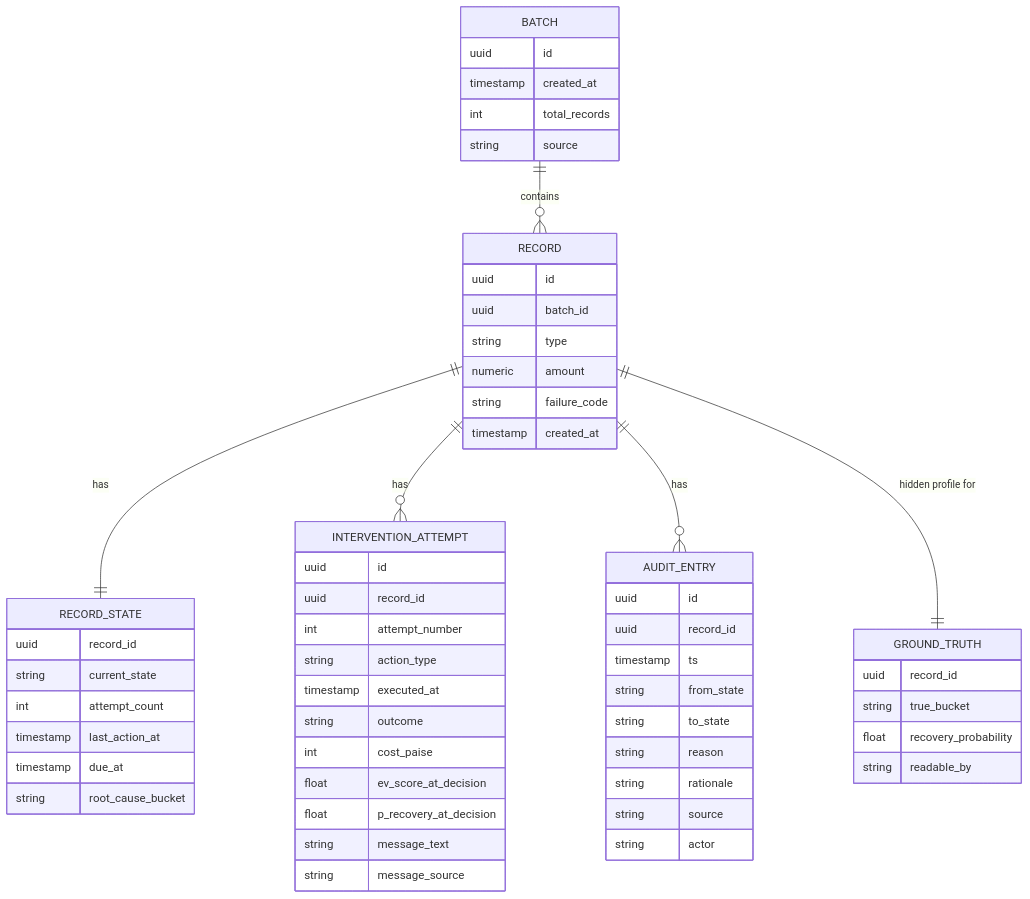
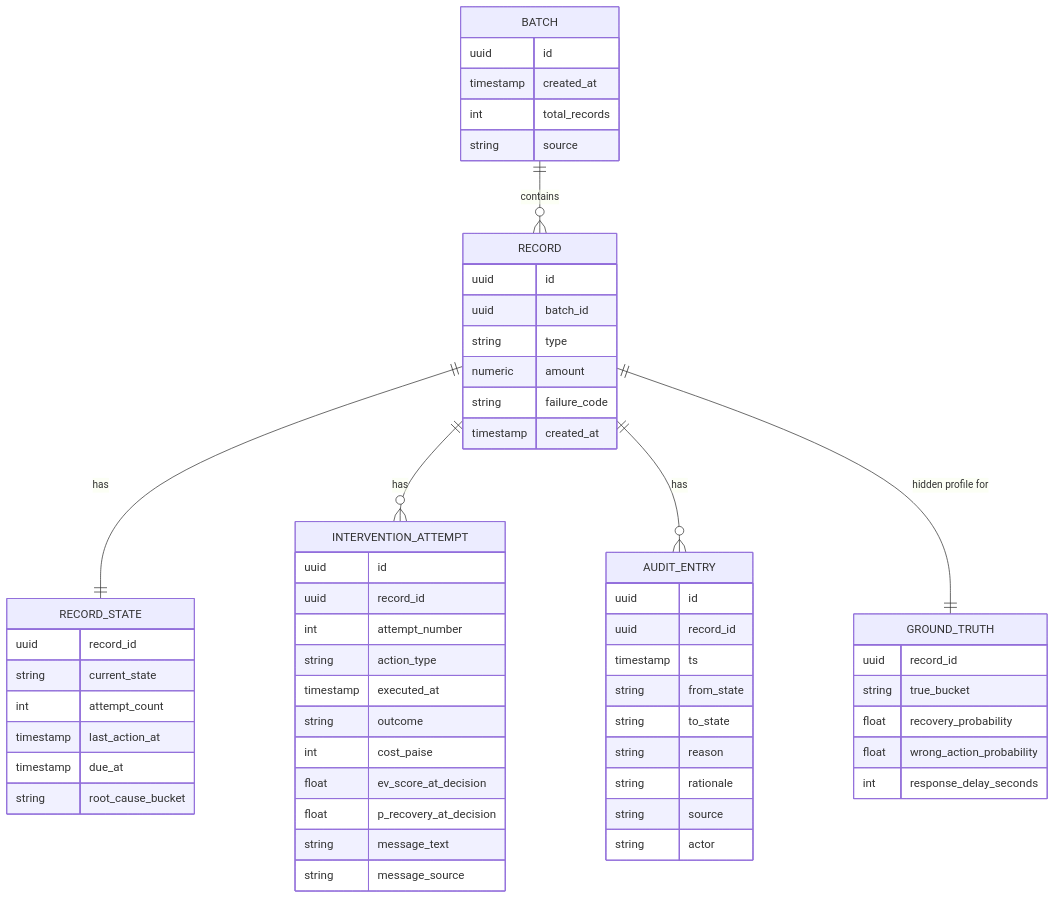
The fifth of 5 diagrams in docs/ARCHITECTURE.md (thisizaro/Momotaro), drawn with Mermaid before and after one commit. The commit also changed other lines of this file and 9 other files, not shown here.

````diff
--- a/docs/ARCHITECTURE.md
+++ b/docs/ARCHITECTURE.md
@@ -942,61 +942,62 @@
 ```mermaid
 erDiagram
     BATCH ||--o{ RECORD : contains
     RECORD ||--|| RECORD_STATE : has
     RECORD ||--o{ INTERVENTION_ATTEMPT : has
     RECORD ||--o{ AUDIT_ENTRY : has
     RECORD ||--|| GROUND_TRUTH : "hidden profile for"
 
     BATCH {
         uuid id
         timestamp created_at
         int total_records
         string source
     }
     RECORD {
         uuid id
         uuid batch_id
         string type
         numeric amount
         string failure_code
         timestamp created_at
     }
     RECORD_STATE {
         uuid record_id
         string current_state
         int attempt_count
         timestamp last_action_at
         timestamp due_at
         string root_cause_bucket
     }
     INTERVENTION_ATTEMPT {
         uuid id
         uuid record_id
         int attempt_number
         string action_type
         timestamp executed_at
         string outcome
         int cost_paise
         float ev_score_at_decision
         float p_recovery_at_decision
         string message_text
         string message_source
     }
     AUDIT_ENTRY {
         uuid id
         uuid record_id
         timestamp ts
         string from_state
         string to_state
         string reason
         string rationale
         string source
         string actor
     }
     GROUND_TRUTH {
         uuid record_id
         string true_bucket
         float recovery_probability
-        string readable_by
+        float wrong_action_probability
+        int response_delay_seconds
     }
 ```
````
